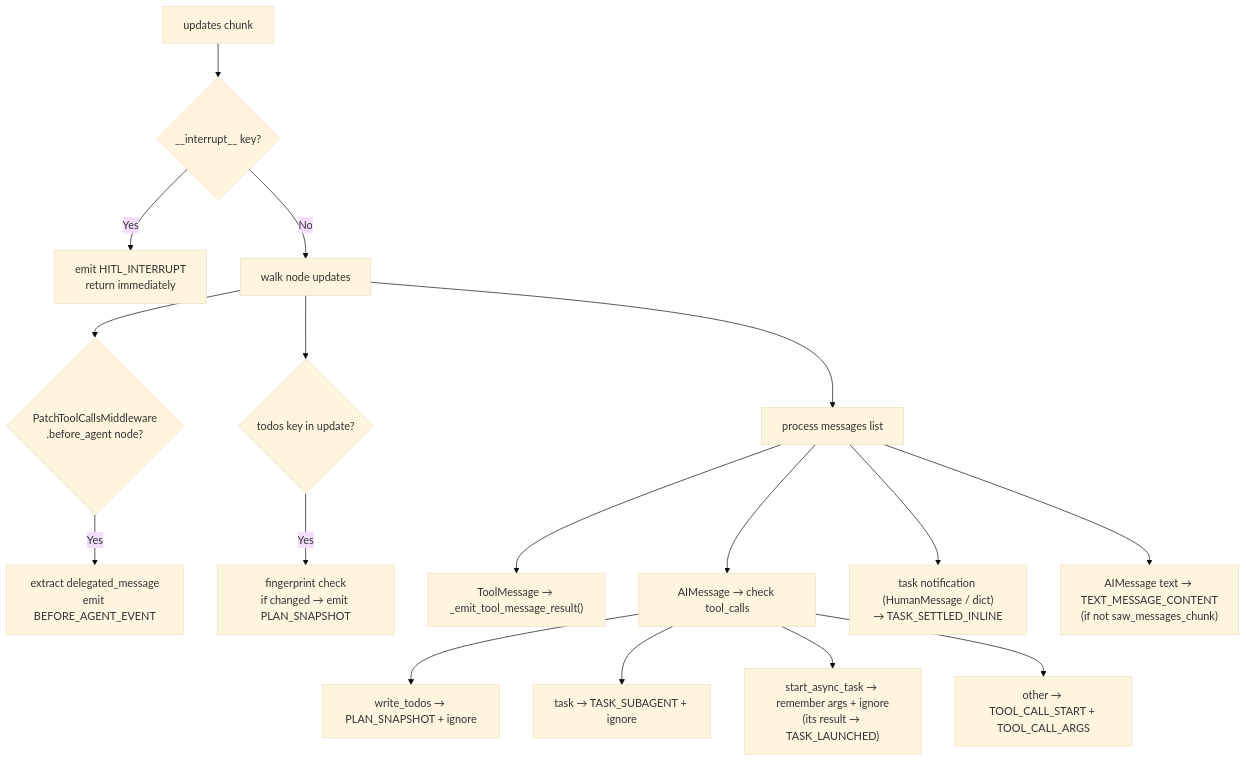
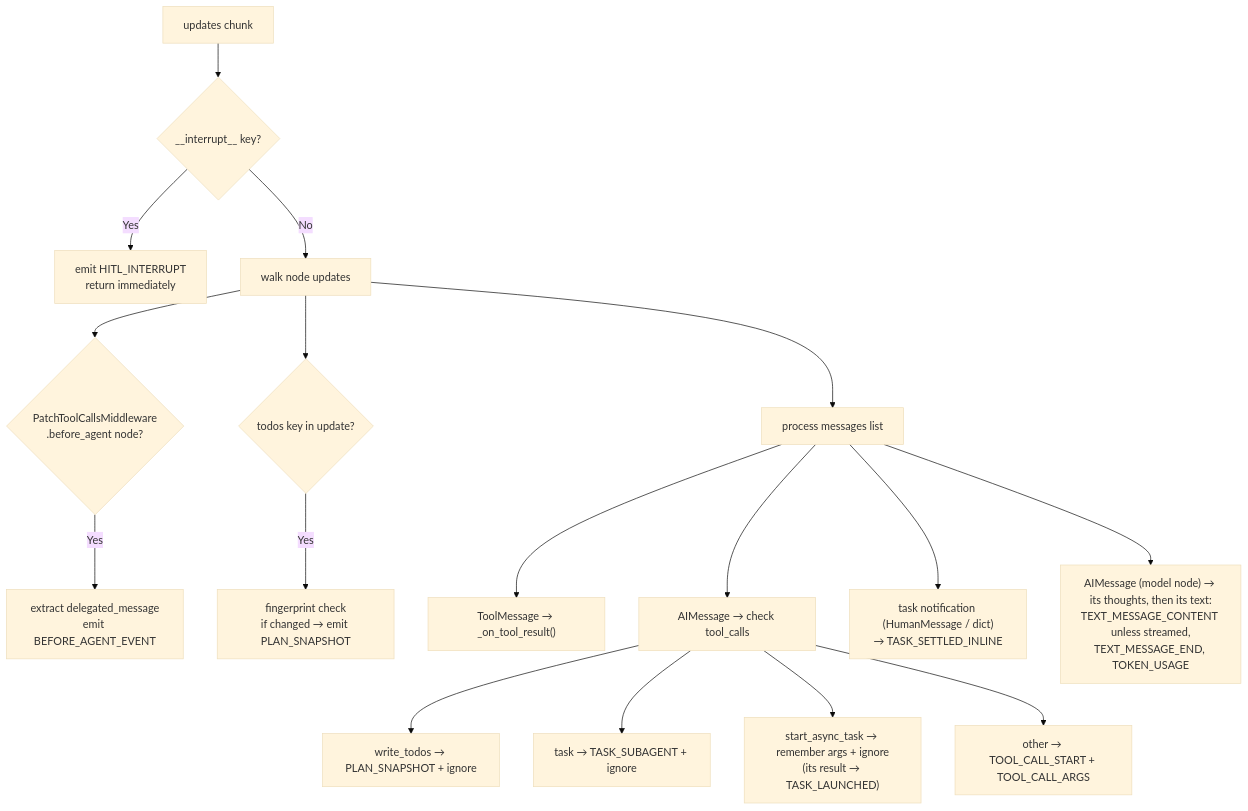
The fourth of 10 diagrams in docs/development/agui-protocol.md (konstantinosmpouros/mAgenticX), drawn with Mermaid (base theme) before and after one commit. The commit also changed other lines of this file and 30 other files, not shown here.

````diff
--- a/docs/development/agui-protocol.md
+++ b/docs/development/agui-protocol.md
@@ -329,19 +330,19 @@
 ```mermaid
 flowchart TD
     A["updates chunk"] --> B{__interrupt__ key?}
     B -->|Yes| C["emit HITL_INTERRUPT<br/>return immediately"]
     B -->|No| D["walk node updates"]
     D --> E{PatchToolCallsMiddleware<br/>.before_agent node?}
     E -->|Yes| F["extract delegated_message<br/>emit BEFORE_AGENT_EVENT"]
     D --> G{"todos" key in update?}
     G -->|Yes| H["fingerprint check<br/>if changed → emit PLAN_SNAPSHOT"]
     D --> I["process messages list"]
-    I --> J["ToolMessage → _emit_tool_message_result()"]
+    I --> J["ToolMessage → _on_tool_result()"]
     I --> K["AIMessage → check tool_calls"]
     K --> L["write_todos → PLAN_SNAPSHOT + ignore"]
     K --> M["task → TASK_SUBAGENT + ignore"]
     K --> M2["start_async_task → remember args + ignore<br/>(its result → TASK_LAUNCHED)"]
     I --> M3["task notification (HumanMessage / dict)<br/>→ TASK_SETTLED_INLINE"]
     K --> N["other → TOOL_CALL_START + TOOL_CALL_ARGS"]
-    I --> O["AIMessage text → TEXT_MESSAGE_CONTENT<br/>(if not saw_messages_chunk)"]
+    I --> O["AIMessage (model node) → its thoughts, then its text:<br/>TEXT_MESSAGE_CONTENT unless streamed,<br/>TEXT_MESSAGE_END, TOKEN_USAGE"]
 ```
````
